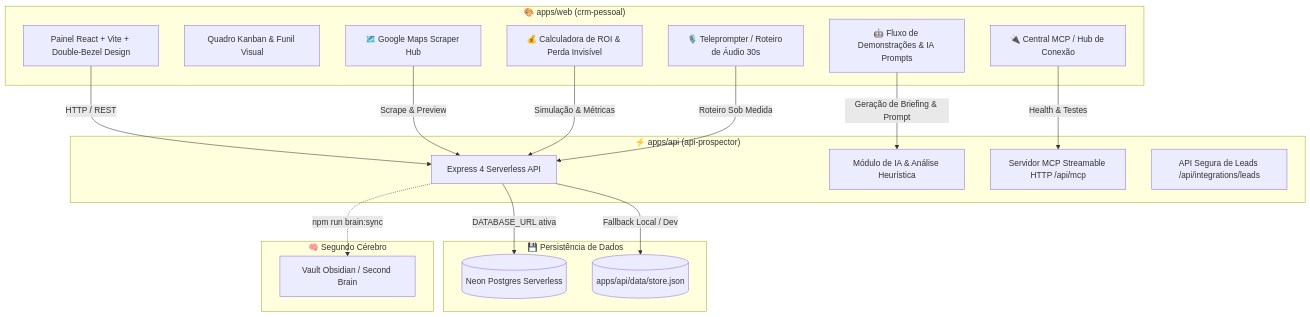
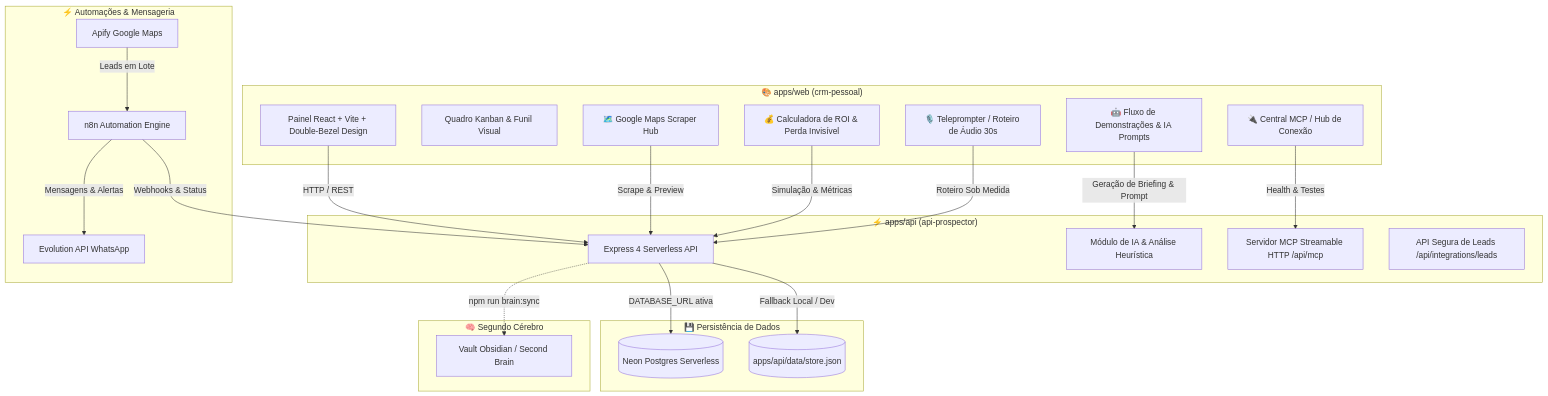
One commit to Henrique1601/Prospector-crm changed the diagram in README.md. Above: the diagram before and after it, drawn with Mermaid. The commit also changed other lines of this file, not shown here.

Commit message:
docs: atualizar README com secao e arquitetura das automacoes n8n e WhatsApp

````diff
--- a/README.md
+++ b/README.md
@@ -18,39 +18,49 @@
 ```mermaid
 flowchart TD
     subgraph Frontend["🎨 apps/web (crm-pessoal)"]
         UI[Painel React + Vite + Double-Bezel Design]
         Kanban[Quadro Kanban & Funil Visual]
         ScraperModal[🗺️ Google Maps Scraper Hub]
         RoiModal[💰 Calculadora de ROI & Perda Invisível]
         AudioModal[🎙️ Teleprompter / Roteiro de Áudio 30s]
         McpModal[🔌 Central MCP / Hub de Conexão]
         DemoFlow[🤖 Fluxo de Demonstrações & IA Prompts]
     end
 
     subgraph Backend["⚡ apps/api (api-prospector)"]
         API[Express 4 Serverless API]
         AI[Módulo de IA & Análise Heurística]
         McpServer[Servidor MCP Streamable HTTP /api/mcp]
         IntegrationsAPI[API Segura de Leads /api/integrations/leads]
     end
 
     subgraph Storage["💾 Persistência de Dados"]
         Neon[(Neon Postgres Serverless)]
         LocalStore[(apps/api/data/store.json)]
     end
 
+    subgraph Integrations["⚡ Automações & Mensageria"]
+        n8n[n8n Automation Engine]
+        EvolutionAPI[Evolution API WhatsApp]
+        Apify[Apify Google Maps]
+    end
+
     subgraph Brain["🧠 Segundo Cérebro"]
         Obsidian[Vault Obsidian / Second Brain]
     end
 
     UI -->|HTTP / REST| API
     ScraperModal -->|Scrape & Preview| API
     RoiModal -->|Simulação & Métricas| API
     AudioModal -->|Roteiro Sob Medida| API
     McpModal -->|Health & Testes| McpServer
     DemoFlow -->|Geração de Briefing & Prompt| AI
 
+    n8n -->|Webhooks & Status| API
+    n8n -->|Mensagens & Alertas| EvolutionAPI
+    Apify -->|Leads em Lote| n8n
+
     API -->|DATABASE_URL ativa| Neon
     API -->|Fallback Local / Dev| LocalStore
     API -.->|npm run brain:sync| Obsidian
 ```
````
